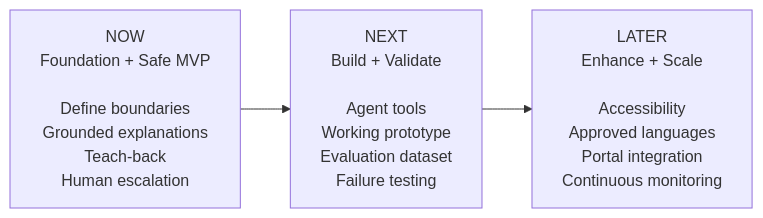
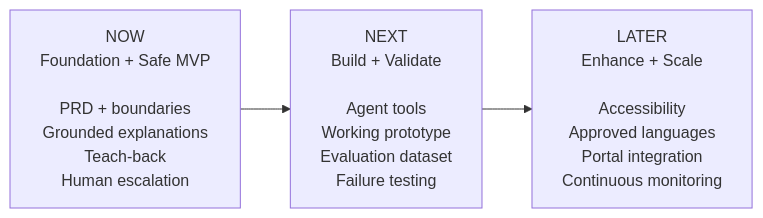
The diagram in 02-CareBridge-AI/04-Product-Roadmap.md (Twancity/-AI-Product-Builder-Portfolio), drawn with Mermaid before and after one commit. The commit also changed other lines of this file, not shown here.

Commit message:
Add PRD milestone to CareBridge roadmap

````diff
--- a/02-CareBridge-AI/04-Product-Roadmap.md
+++ b/02-CareBridge-AI/04-Product-Roadmap.md
@@ -11,5 +11,5 @@
 ```mermaid
 flowchart LR
-    A["NOW<br/>Foundation + Safe MVP<br/><br/>Define boundaries<br/>Grounded explanations<br/>Teach-back<br/>Human escalation"] --> B["NEXT<br/>Build + Validate<br/><br/>Agent tools<br/>Working prototype<br/>Evaluation dataset<br/>Failure testing"]
+    A["NOW<br/>Foundation + Safe MVP<br/><br/>PRD + boundaries<br/>Grounded explanations<br/>Teach-back<br/>Human escalation"] --> B["NEXT<br/>Build + Validate<br/><br/>Agent tools<br/>Working prototype<br/>Evaluation dataset<br/>Failure testing"]
     B --> C["LATER<br/>Enhance + Scale<br/><br/>Accessibility<br/>Approved languages<br/>Portal integration<br/>Continuous monitoring"]
 ```
````
